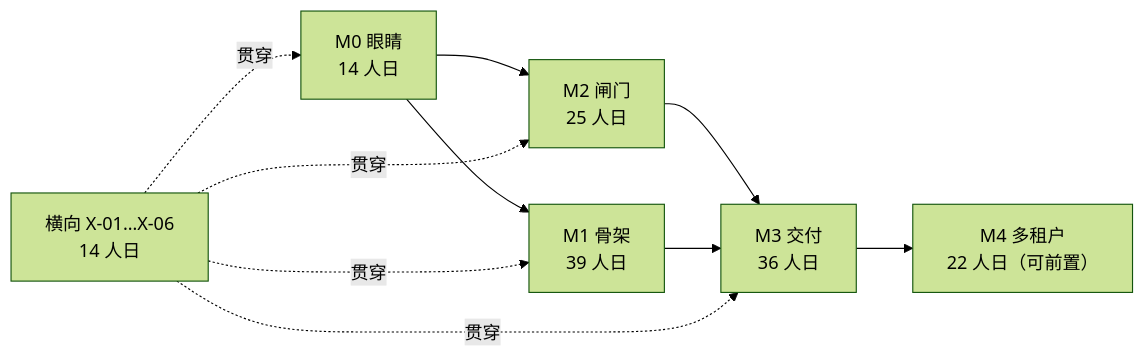
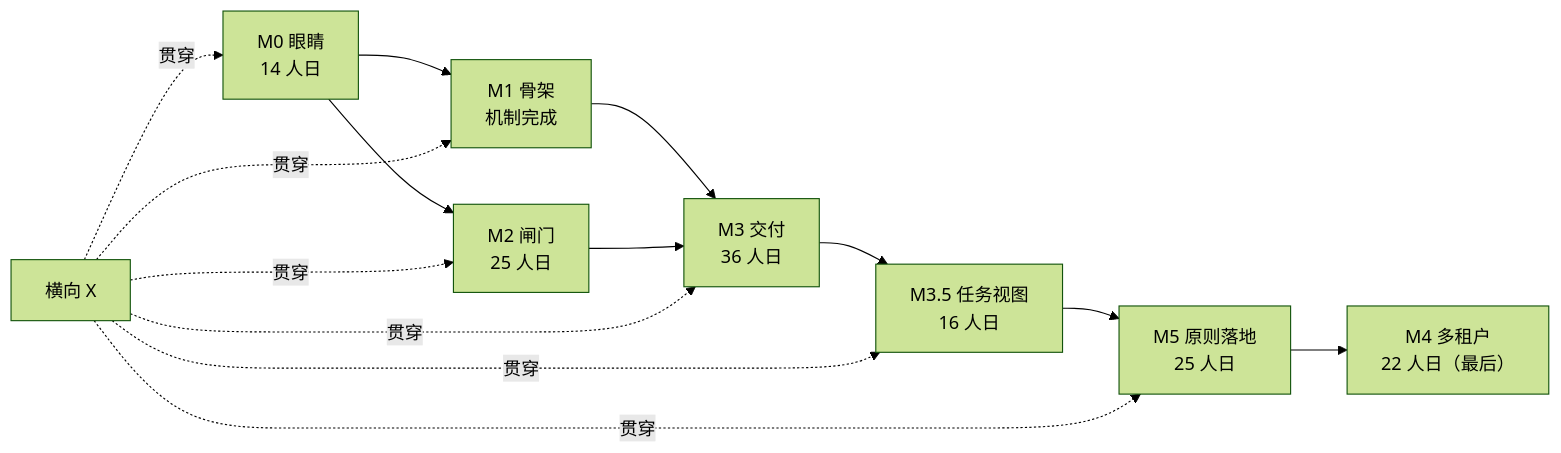
The diagram in docs/plan/TASK-PLAN.zh.md (touch-agent/dsh-superagent), drawn with Mermaid (forest theme) before and after one commit. The commit also changed other lines of this file and 1 other file, not shown here.

````diff
--- a/docs/plan/TASK-PLAN.zh.md
+++ b/docs/plan/TASK-PLAN.zh.md
@@ -84,9 +160,11 @@
 ```mermaid
 graph LR
-  M0["M0 眼睛<br/>14 人日"] --> M1["M1 骨架<br/>39 人日"]
+  M0["M0 眼睛<br/>14 人日"] --> M1["M1 骨架<br/>机制完成"]
   M0 --> M2["M2 闸门<br/>25 人日"]
-  M2 --> M3["M3 交付<br/>36 人日"]
-  M1 --> M3
-  M3 --> M4["M4 多租户<br/>22 人日（可前置）"]
-  X["横向 X-01…X-06<br/>14 人日"] -.贯穿.-> M0 & M1 & M2 & M3
+  M1 --> M3["M3 交付<br/>36 人日"]
+  M2 --> M3
+  M3 --> M35["M3.5 任务视图<br/>16 人日"]
+  M35 --> M5["M5 原则落地<br/>25 人日"]
+  M5 --> M4["M4 多租户<br/>22 人日（最后）"]
+  X["横向 X"] -.贯穿.-> M0 & M1 & M2 & M3 & M35 & M5
 ```
````
